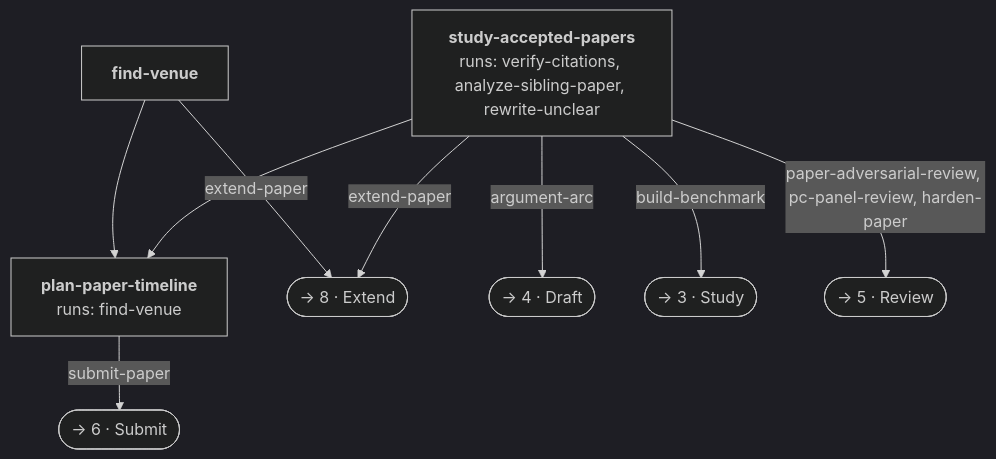
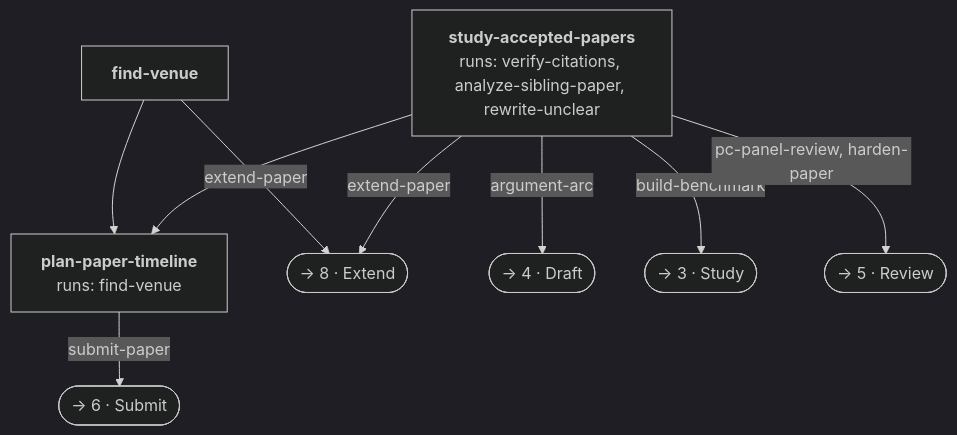
Before and after one commit to zernie/paperlint: the third of 9 diagrams in docs/pipeline.md, drawn with Mermaid (dark theme). The commit also changed other lines of this file and 44 other files, not shown here.

````diff
--- a/docs/pipeline.md
+++ b/docs/pipeline.md
@@ -79,19 +79,19 @@
 ```mermaid
 flowchart TB
   find_venue["<b>find-venue</b>"]
   plan_paper_timeline["<b>plan-paper-timeline</b><br/>runs: find-venue"]
   study_accepted_papers["<b>study-accepted-papers</b><br/>runs: verify-citations, analyze-sibling-paper, rewrite-unclear"]
   find_venue --> plan_paper_timeline
   study_accepted_papers --> plan_paper_timeline
   to_stage_extend(["→ 8 · Extend"])
   to_stage_submit(["→ 6 · Submit"])
   to_stage_draft(["→ 4 · Draft"])
   to_stage_study(["→ 3 · Study"])
   to_stage_review(["→ 5 · Review"])
   find_venue -- "extend-paper" --> to_stage_extend
   plan_paper_timeline -- "submit-paper" --> to_stage_submit
   study_accepted_papers -- "argument-arc" --> to_stage_draft
   study_accepted_papers -- "build-benchmark" --> to_stage_study
-  study_accepted_papers -- "paper-adversarial-review, pc-panel-review, harden-paper" --> to_stage_review
+  study_accepted_papers -- "pc-panel-review, harden-paper" --> to_stage_review
   study_accepted_papers -- "extend-paper" --> to_stage_extend
 ```
````
